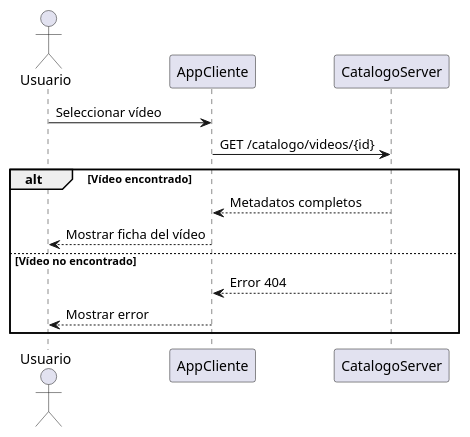
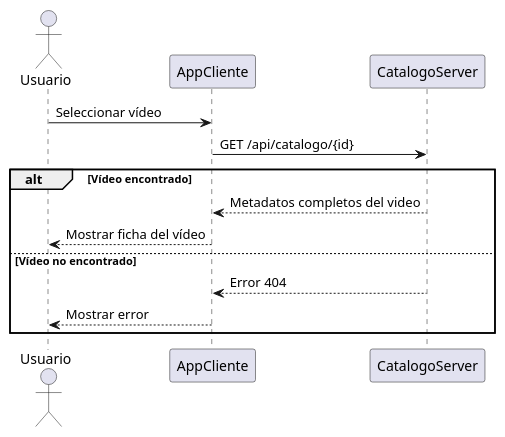
Before and after one commit to ComfyPenguin/Bloste-Docs: the fourth of 9 diagrams in docs/frontend/video_reproductor.md, drawn with PlantUML. The commit also changed other lines of this file and 1 other file, not shown here.

First line of the commit message:
Update video_reproductor.md to reflect blosteflix2 Flutter architecture (#2)

````diff
--- a/docs/frontend/video_reproductor.md
+++ b/docs/frontend/video_reproductor.md
@@ -106,18 +148,18 @@
 ```plantuml
 @startuml
 actor Usuario
 participant AppCliente
 participant CatalogoServer
 
 Usuario -> AppCliente : Seleccionar vídeo
-AppCliente -> CatalogoServer : GET /catalogo/videos/{id}
+AppCliente -> CatalogoServer : GET /api/catalogo/{id}
 alt Vídeo encontrado
-    CatalogoServer --> AppCliente : Metadatos completos
+    CatalogoServer --> AppCliente : Metadatos completos del video
     AppCliente --> Usuario : Mostrar ficha del vídeo
 else Vídeo no encontrado
     CatalogoServer --> AppCliente : Error 404
     AppCliente --> Usuario : Mostrar error
 end
 @enduml
 
 ```
````
